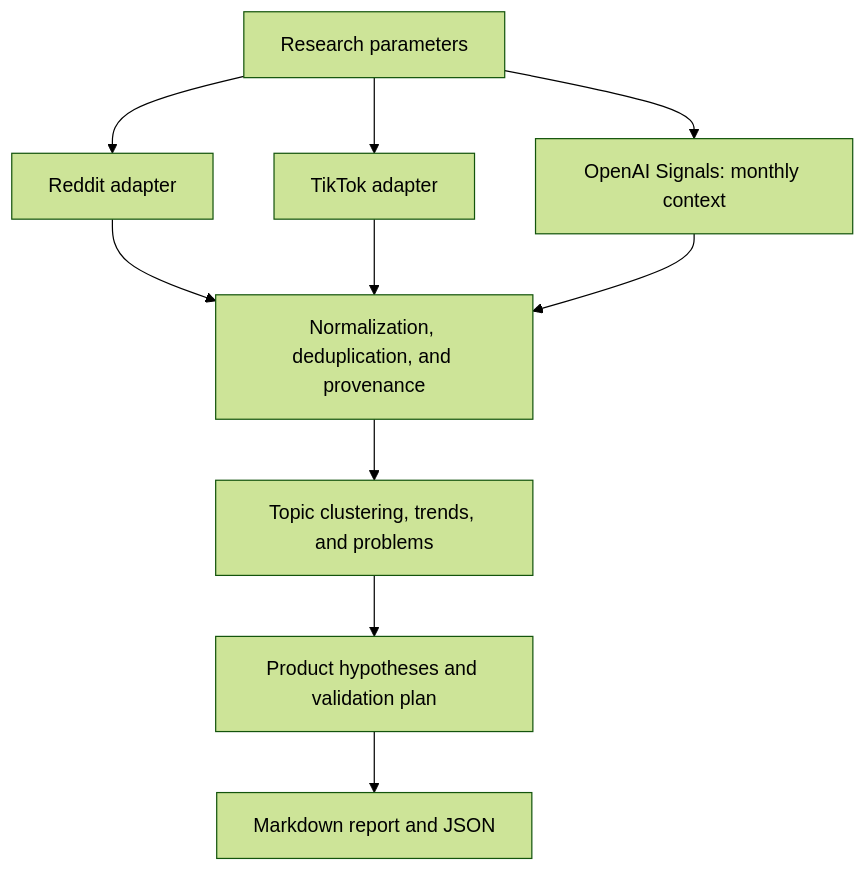
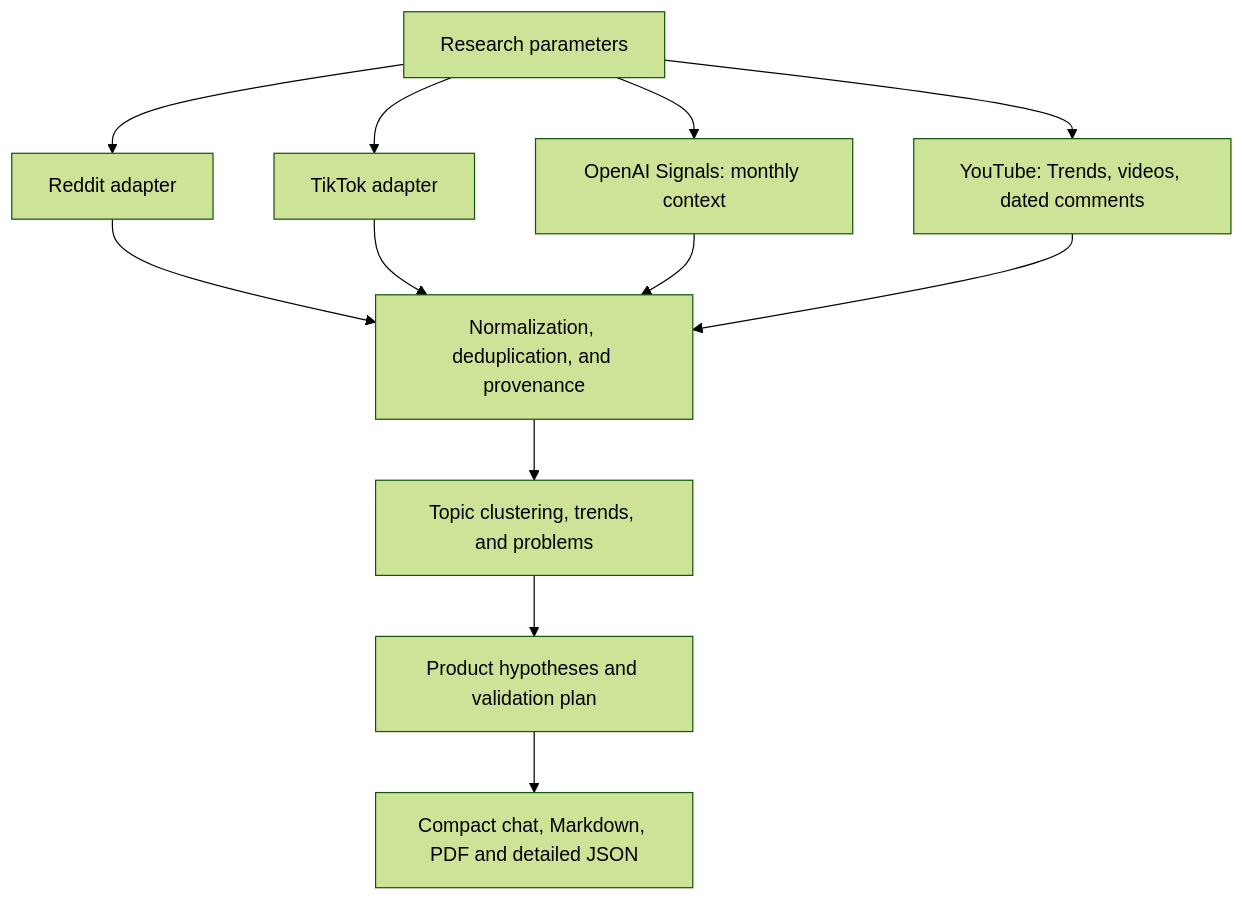
The diagram in README.md (roland19deschain/niche-hunter), drawn with Mermaid (forest theme) before and after one commit. The commit also changed other lines of this file and 22 other files, not shown here.

Commit message:
feat: add YouTube trends and comments provider for 0.5.0

````diff
--- a/README.md
+++ b/README.md
@@ -328,12 +349,14 @@
 ```mermaid
 flowchart TD
     Request["Research parameters"] --> Reddit["Reddit adapter"]
     Request --> TikTok["TikTok adapter"]
     Request --> ChatGPT["OpenAI Signals: monthly context"]
+    Request --> YouTube["YouTube: Trends, videos, dated comments"]
     Reddit --> Observations["Normalization, deduplication, and provenance"]
     TikTok --> Observations
     ChatGPT --> Observations
+    YouTube --> Observations
     Observations --> Analysis["Topic clustering, trends, and problems"]
     Analysis --> Opportunities["Product hypotheses and validation plan"]
-    Opportunities --> Report["Markdown report and JSON"]
+    Opportunities --> Report["Compact chat, Markdown, PDF and detailed JSON"]
 ```
````
